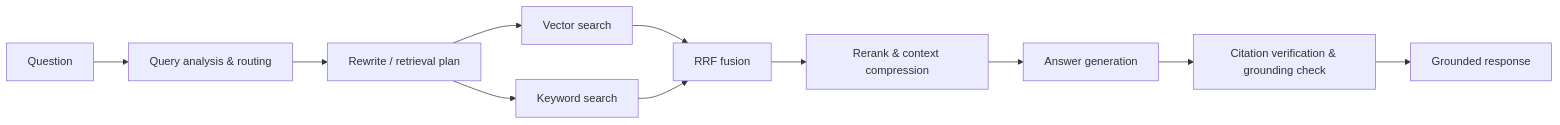
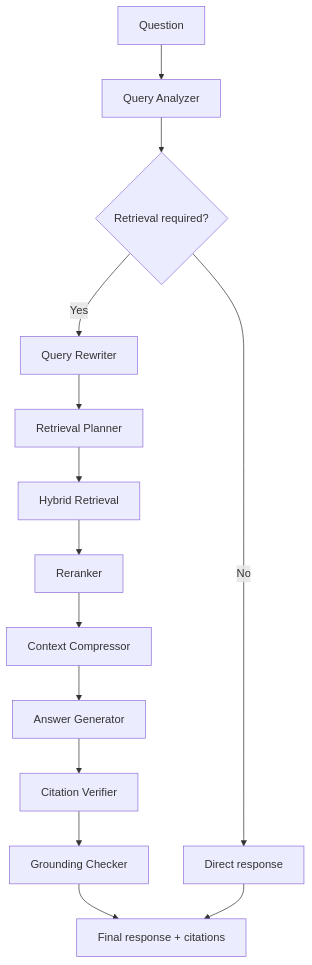
Before and after one commit to SidharthDev3/agentic-rag-system: the second of 2 diagrams in README.md, drawn with Mermaid. The commit also changed other lines of this file, not shown here.

````diff
--- a/README.md
+++ b/README.md
@@ -7,13 +51,16 @@
 ```mermaid
-flowchart LR
-  U[Question] --> A[Query analysis & routing]
-  A --> R[Rewrite / retrieval plan]
-  R --> V[Vector search]
-  R --> K[Keyword search]
-  V --> F[RRF fusion]
-  K --> F
-  F --> RR[Rerank & context compression]
-  RR --> G[Answer generation]
-  G --> C[Citation verification & grounding check]
-  C --> O[Grounded response]
+flowchart TD
+    A[Question] --> B[Query Analyzer]
+    B --> C{Retrieval required?}
+    C -->|No| H[Direct response]
+    C -->|Yes| D[Query Rewriter]
+    D --> E[Retrieval Planner]
+    E --> F[Hybrid Retrieval]
+    F --> G[Reranker]
+    G --> I[Context Compressor]
+    I --> J[Answer Generator]
+    J --> K[Citation Verifier]
+    K --> L[Grounding Checker]
+    L --> M[Final response + citations]
+    H --> M
 ```
````
